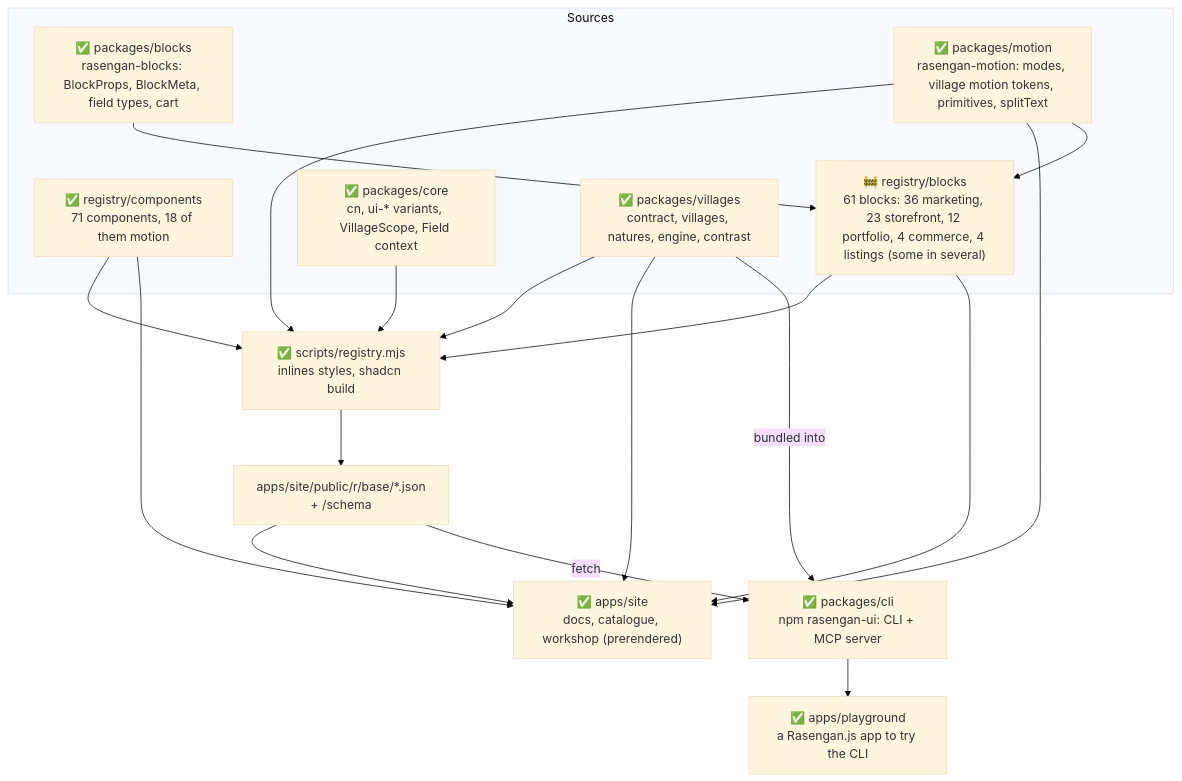
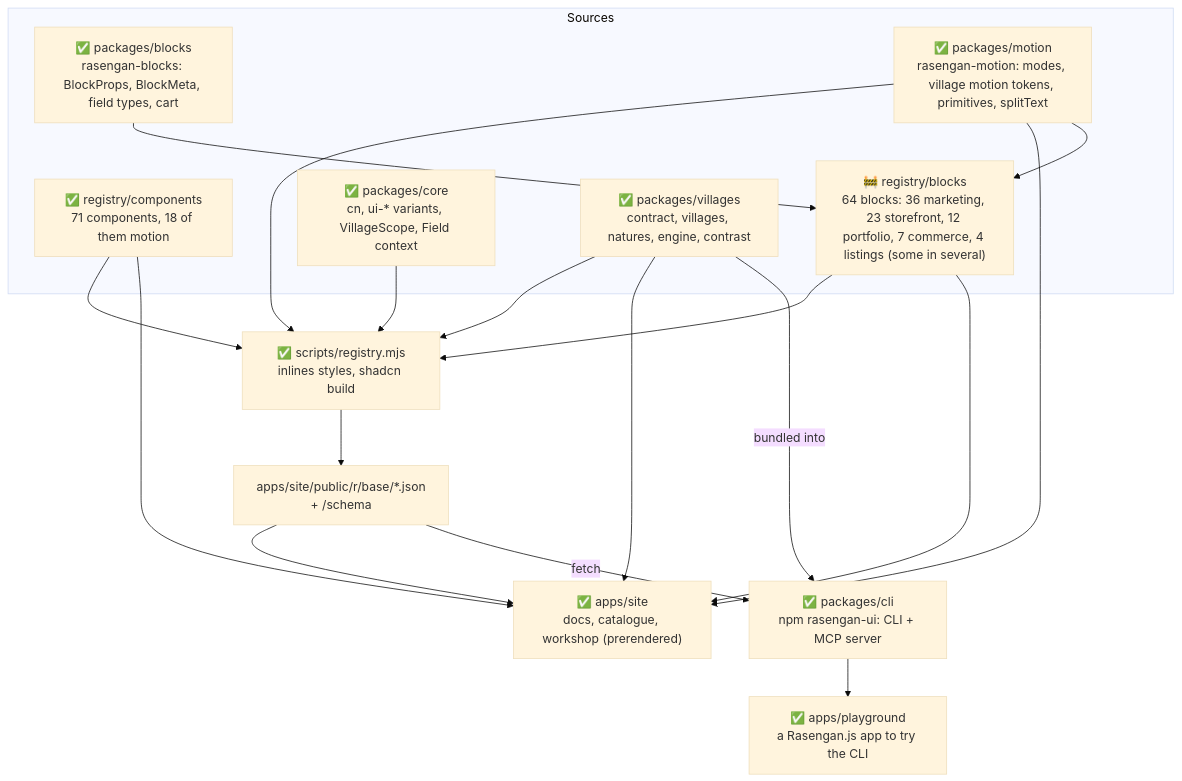
Before and after one commit to rasengan-dev/rasengan-ui: the second of 5 diagrams in docs/architecture.md, drawn with Mermaid (base theme). The commit also changed other lines of this file and 39 other files, not shown here.

````diff
--- a/docs/architecture.md
+++ b/docs/architecture.md
@@ -41,34 +41,34 @@
 ```mermaid
 flowchart TB
   subgraph source[Sources]
     comps["✅ registry/components<br/>71 components, 18 of them motion"]
-    blocks["🚧 registry/blocks<br/>61 blocks: 36 marketing, 23 storefront, 12 portfolio, 4 commerce, 4 listings (some in several)"]
+    blocks["🚧 registry/blocks<br/>64 blocks: 36 marketing, 23 storefront, 12 portfolio, 7 commerce, 4 listings (some in several)"]
     blockslib["✅ packages/blocks<br/>rasengan-blocks: BlockProps, BlockMeta, field types, cart"]
     core["✅ packages/core<br/>cn, ui-* variants, VillageScope, Field context"]
     villages["✅ packages/villages<br/>contract, villages, natures, engine, contrast"]
     motion["✅ packages/motion<br/>rasengan-motion: modes, village motion tokens, primitives, splitText"]
   end
 
   build["✅ scripts/registry.mjs<br/>inlines styles, shadcn build"]
   public["apps/site/public/r/base/*.json<br/>+ /schema"]
   site["✅ apps/site<br/>docs, catalogue, workshop (prerendered)"]
   cli["✅ packages/cli<br/>npm rasengan-ui: CLI + MCP server"]
   play["✅ apps/playground<br/>a Rasengan.js app to try the CLI"]
 
   comps --> build
   core --> build
   villages --> build
   build --> public
   public --> site
   villages --> site
   comps --> site
   public -- fetch --> cli
   villages -- bundled into --> cli
   cli --> play
   motion --> build
   motion --> site
   motion --> blocks
   blockslib --> blocks
   blocks --> build
   blocks --> site
 ```
````
